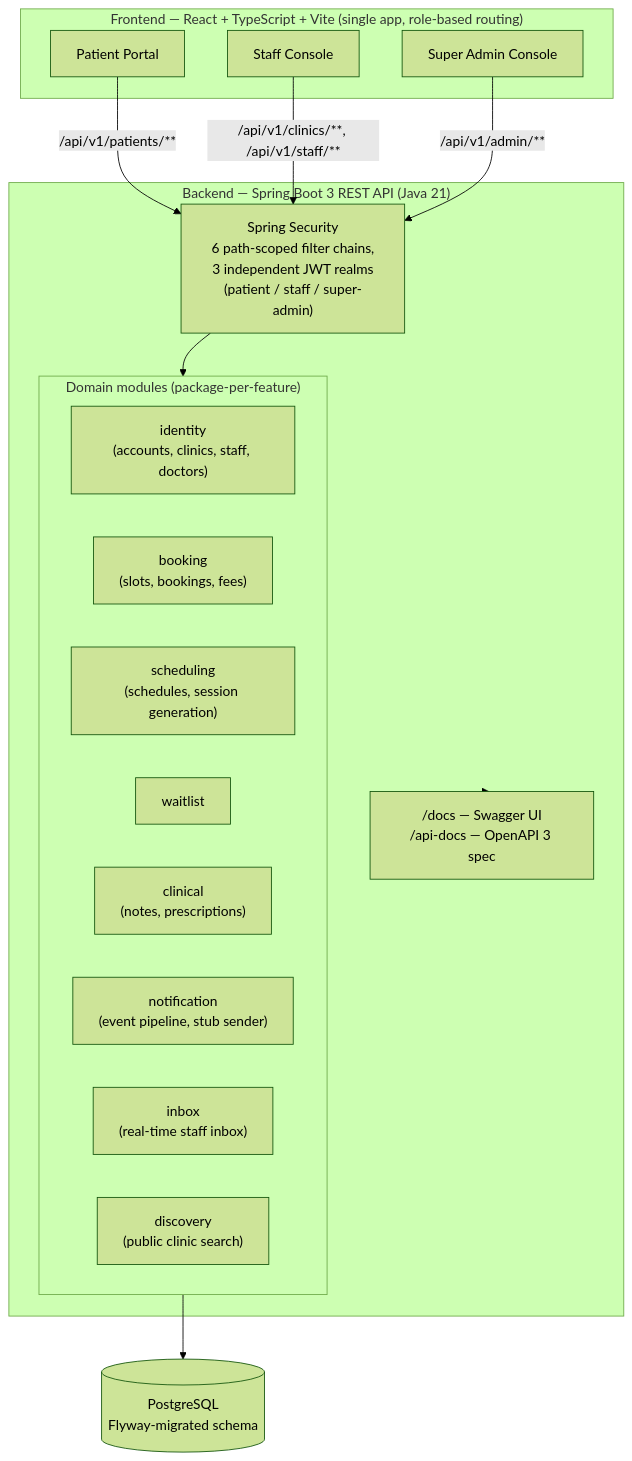
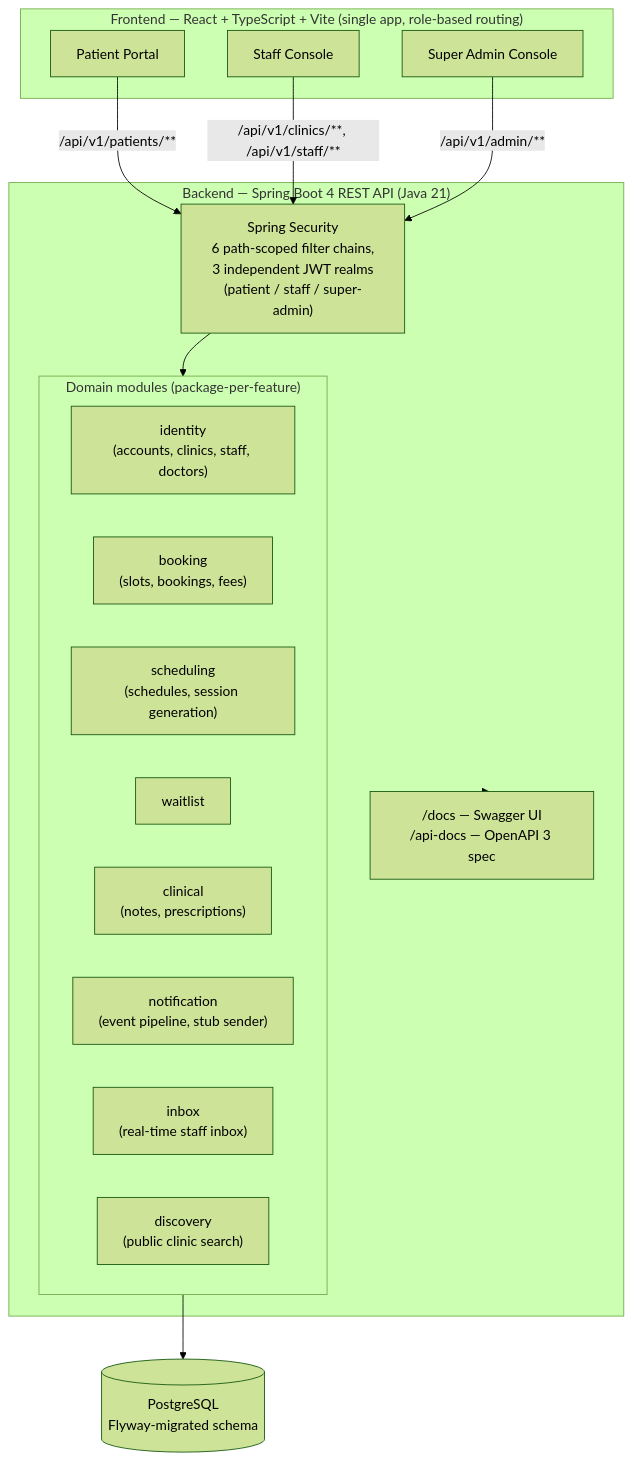
The diagram in README.md (rish1789/CMS2), drawn with Mermaid (forest theme) before and after one commit. The commit also changed other lines of this file and 54 other files, not shown here.

````diff
--- a/README.md
+++ b/README.md
@@ -12,32 +12,32 @@
 ```mermaid
 graph TB
     subgraph Clients["Frontend — React + TypeScript + Vite (single app, role-based routing)"]
         PP["Patient Portal"]
         SC["Staff Console"]
         AC["Super Admin Console"]
     end
 
-    subgraph Backend["Backend — Spring Boot 3 REST API (Java 21)"]
+    subgraph Backend["Backend — Spring Boot 4 REST API (Java 21)"]
         SEC["Spring Security<br/>6 path-scoped filter chains,<br/>3 independent JWT realms<br/>(patient / staff / super-admin)"]
         subgraph Modules["Domain modules (package-per-feature)"]
             IDN["identity<br/>(accounts, clinics, staff, doctors)"]
             BKG["booking<br/>(slots, bookings, fees)"]
             SCH["scheduling<br/>(schedules, session generation)"]
             WTL["waitlist"]
             CLN["clinical<br/>(notes, prescriptions)"]
             NTF["notification<br/>(event pipeline, stub sender)"]
             INB["inbox<br/>(real-time staff inbox)"]
             DSC["discovery<br/>(public clinic search)"]
         end
         DOCS["/docs — Swagger UI<br/>/api-docs — OpenAPI 3 spec"]
     end
 
     DB[("PostgreSQL<br/>Flyway-migrated schema")]
 
     PP -->|"/api/v1/patients/**"| SEC
     SC -->|"/api/v1/clinics/**, /api/v1/staff/**"| SEC
     AC -->|"/api/v1/admin/**"| SEC
     SEC --> Modules
     Modules --> DB
     Backend -.-> DOCS
 ```
````
